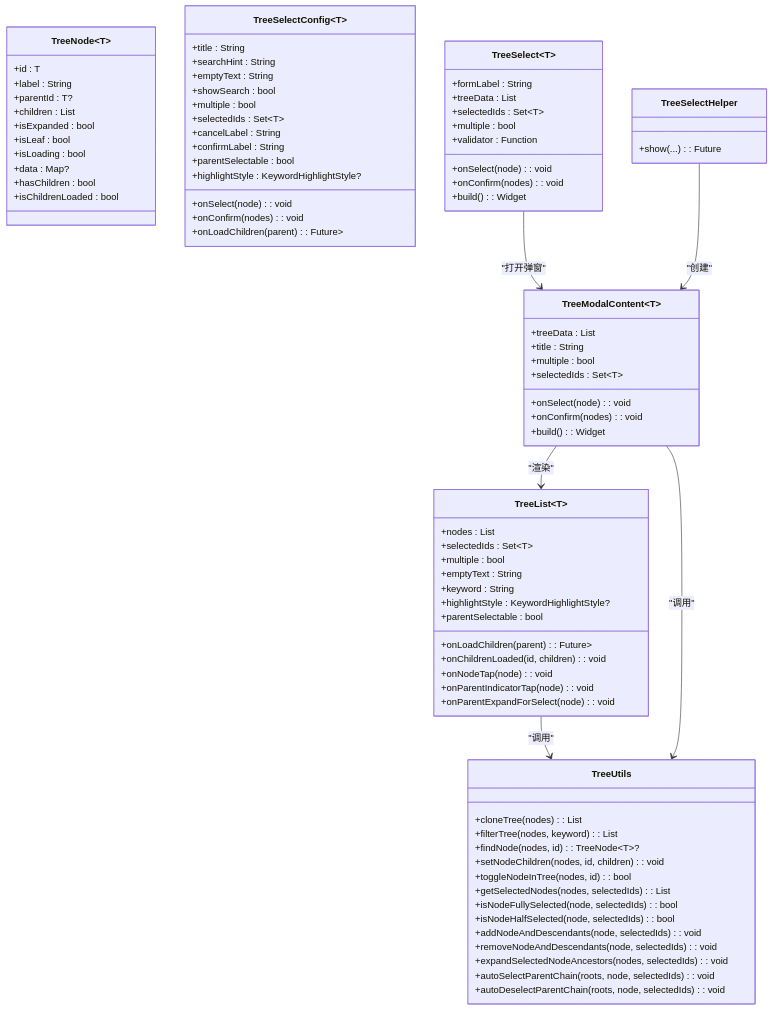
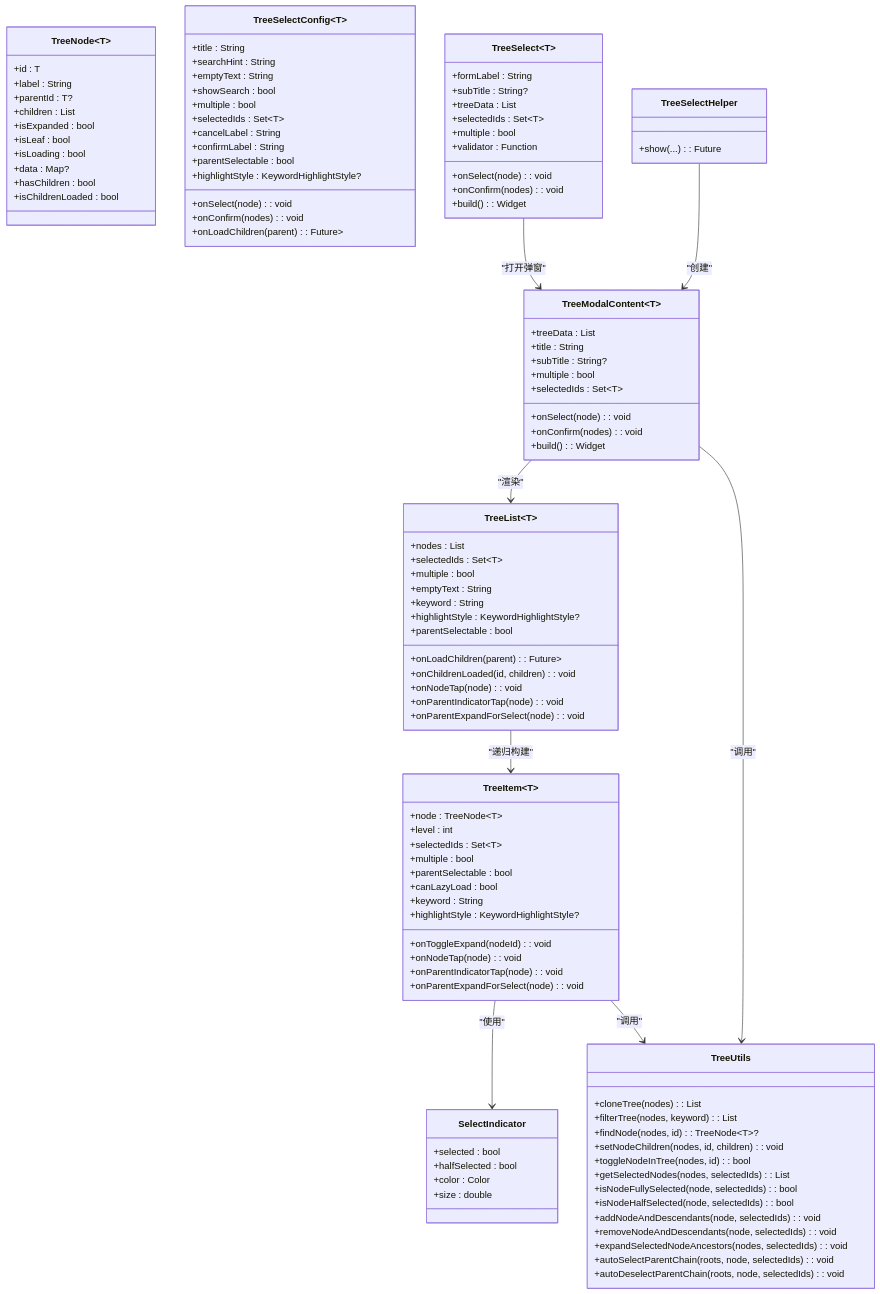
Before and after one commit to yuzhido/lite-ui: the second of 5 diagrams in .qoder/repowiki/zh/content/高级组件/树形选择器.md, drawn with Mermaid. The commit also changed other lines of this file and 35 other files, not shown here.

````diff
--- a/.qoder/repowiki/zh/content/高级组件/树形选择器.md
+++ b/.qoder/repowiki/zh/content/高级组件/树形选择器.md
@@ -129,6 +142,7 @@
 }
 class TreeSelect~T~ {
 +formLabel : String
++subTitle : String?
 +treeData : List<TreeNode~T~>
 +selectedIds : Set~T~
 +multiple : bool
@@ -140,6 +154,7 @@
 class TreeModalContent~T~ {
 +treeData : List<TreeNode~T~>
 +title : String
++subTitle : String?
 +multiple : bool
 +selectedIds : Set~T~
 +onSelect(node) : void
@@ -159,6 +174,26 @@
 +parentSelectable : bool
 +onParentIndicatorTap(node) : void
 +onParentExpandForSelect(node) : void
+}
+class TreeItem~T~ {
++node : TreeNode~T~
++level : int
++selectedIds : Set~T~
++multiple : bool
++parentSelectable : bool
++canLazyLoad : bool
++keyword : String
++highlightStyle : KeywordHighlightStyle?
++onToggleExpand(nodeId) : void
++onNodeTap(node) : void
++onParentIndicatorTap(node) : void
++onParentExpandForSelect(node) : void
+}
+class SelectIndicator {
++selected : bool
++halfSelected : bool
++color : Color
++size : double
 }
 class TreeSelectHelper {
 +show<T>(...) : Future<TreeNode~T~?>
@@ -180,7 +215,9 @@
 }
 TreeSelect~T~ --> TreeModalContent~T~ : "打开弹窗"
 TreeModalContent~T~ --> TreeList~T~ : "渲染"
-TreeList~T~ --> TreeUtils : "调用"
+TreeList~T~ --> TreeItem~T~ : "递归构建"
+TreeItem~T~ --> SelectIndicator : "使用"
+TreeItem~T~ --> TreeUtils : "调用"
 TreeModalContent~T~ --> TreeUtils : "调用"
 TreeSelectHelper --> TreeModalContent~T~ : "创建"
 ```
````
